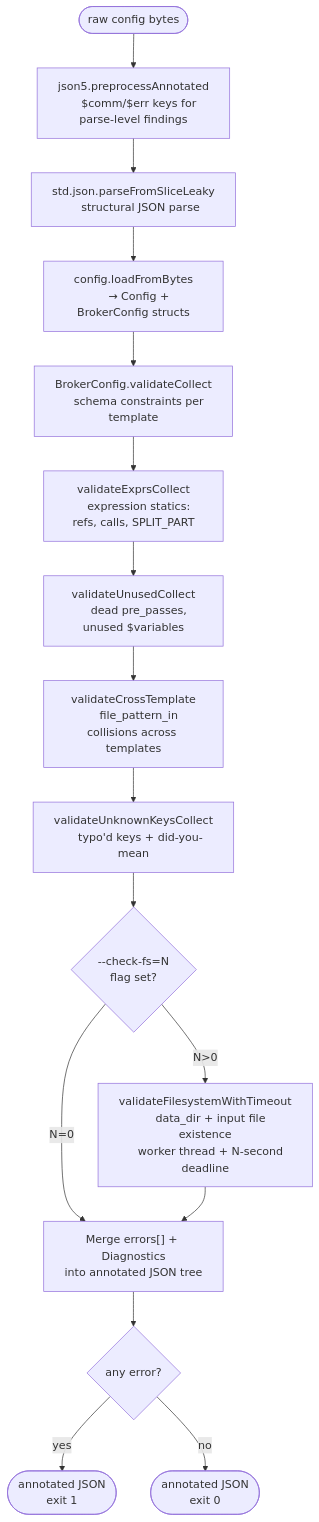
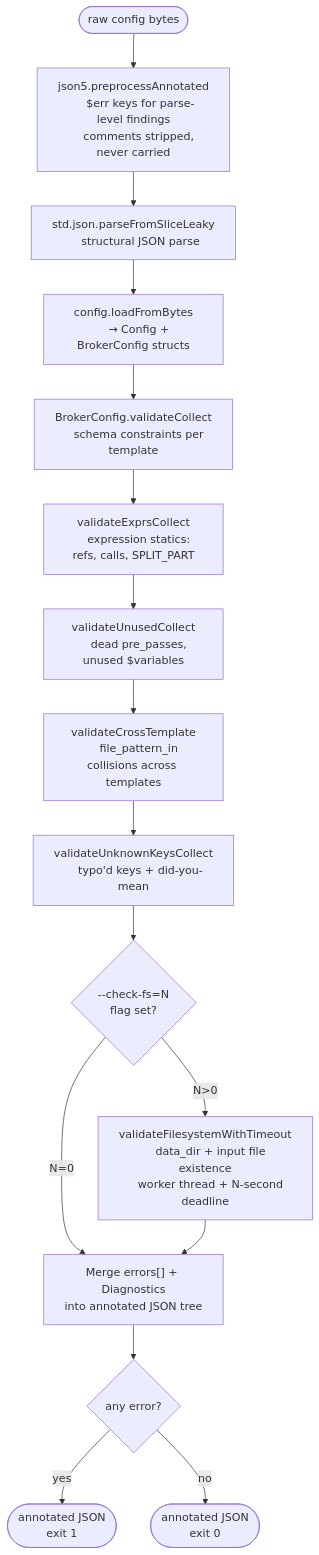
One commit to zaxified/bxp changed the fifth of 10 diagrams in docs/dev/architecture/gui.md. Above: the diagram before and after it, drawn with Mermaid. The commit also changed other lines of this file and 51 other files, not shown here.

````diff
--- a/docs/dev/architecture/gui.md
+++ b/docs/dev/architecture/gui.md
@@ -253,32 +261,33 @@
 ```mermaid
 flowchart TD
     INPUT([raw config bytes]) --> P1[json5.preprocessAnnotated
-    $comm/$err keys for parse-level findings]
+    $err keys for parse-level findings
+    comments stripped, never carried]
     P1 --> P2[std.json.parseFromSliceLeaky
     structural JSON parse]
     P2 --> P3[config.loadFromBytes
     → Config + BrokerConfig structs]
 
     P3 --> V1[BrokerConfig.validateCollect
     schema constraints per template]
     V1 --> V2[validateExprsCollect
     expression statics: refs, calls, SPLIT_PART]
     V2 --> V3[validateUnusedCollect
     dead pre_passes, unused $variables]
     V3 --> V4[validateCrossTemplate
     file_pattern_in collisions across templates]
     V4 --> V5[validateUnknownKeysCollect
     typo'd keys + did-you-mean]
     V5 --> V6{--check-fs=N
     flag set?}
     V6 -->|N>0| V7[validateFilesystemWithTimeout
     data_dir + input file existence
     worker thread + N-second deadline]
     V6 -->|N=0| MERGE
     V7 --> MERGE["Merge errors[] + Diagnostics<br/>into annotated JSON tree"]
     MERGE --> EXIT{any error?}
     EXIT -->|yes| OUT1([annotated JSON
     exit 1])
     EXIT -->|no| OUT0([annotated JSON
     exit 0])
 ```
````
